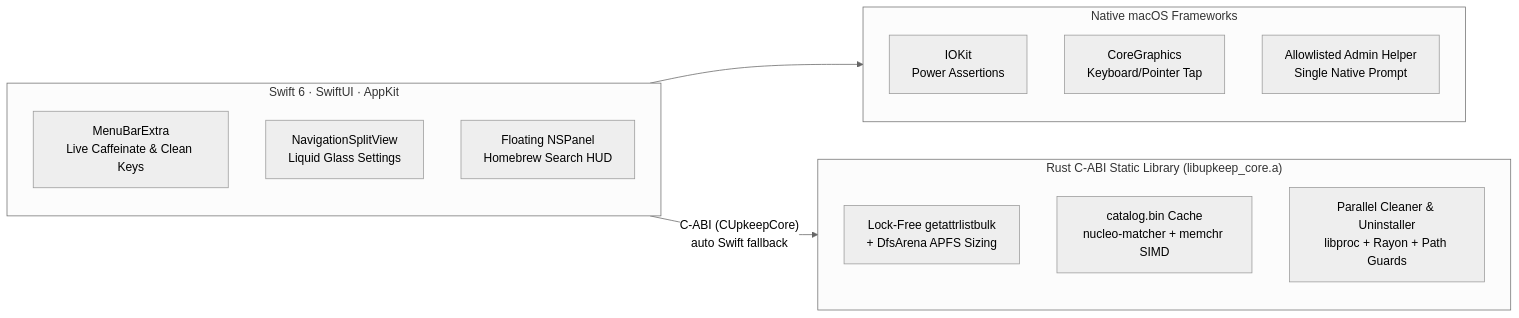
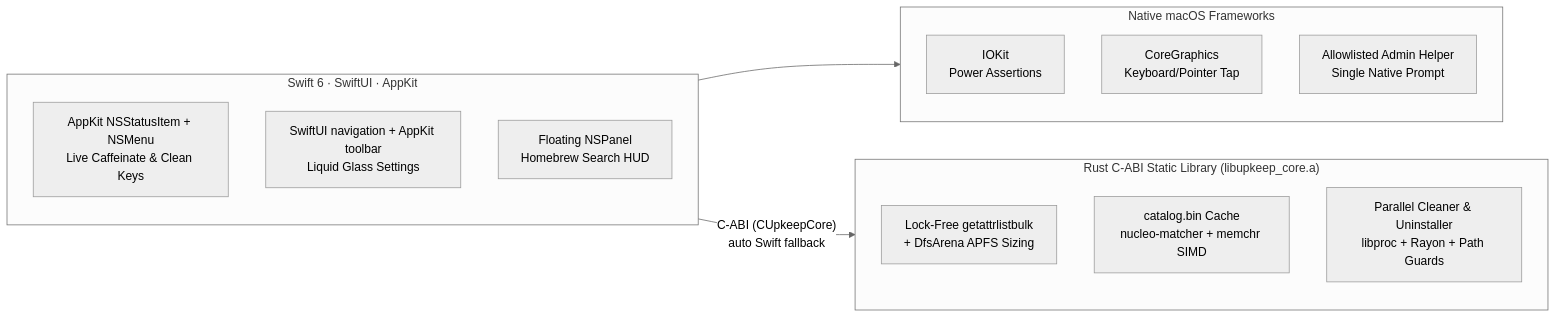
One commit to manavo-o/Upkeep changed the diagram in README.md. Above: the diagram before and after it, drawn with Mermaid (neutral theme). The commit also changed other lines of this file and 27 other files, not shown here.

````diff
--- a/README.md
+++ b/README.md
@@ -110,23 +111,23 @@
 ```mermaid
 flowchart LR
     subgraph UI["Swift 6 · SwiftUI · AppKit"]
-        MB["MenuBarExtra<br/>Live Caffeinate & Clean Keys"]
-        WIN["NavigationSplitView<br/>Liquid Glass Settings"]
+        MB["AppKit NSStatusItem + NSMenu<br/>Live Caffeinate & Clean Keys"]
+        WIN["SwiftUI navigation + AppKit toolbar<br/>Liquid Glass Settings"]
         HUD["Floating NSPanel<br/>Homebrew Search HUD"]
     end
 
     subgraph SYS["Native macOS Frameworks"]
         IOK["IOKit<br/>Power Assertions"]
         CG["CoreGraphics<br/>Keyboard/Pointer Tap"]
         ADM["Allowlisted Admin Helper<br/>Single Native Prompt"]
     end
 
     subgraph RUST["Rust C-ABI Static Library (libupkeep_core.a)"]
         APFS["Lock-Free getattrlistbulk<br/>+ DfsArena APFS Sizing"]
         BREW["catalog.bin Cache<br/>nucleo-matcher + memchr SIMD"]
         CLN["Parallel Cleaner & Uninstaller<br/>libproc + Rayon + Path Guards"]
     end
 
     UI --> SYS
     UI -- "C-ABI (CUpkeepCore)<br/>auto Swift fallback" --> RUST
 ```
````
